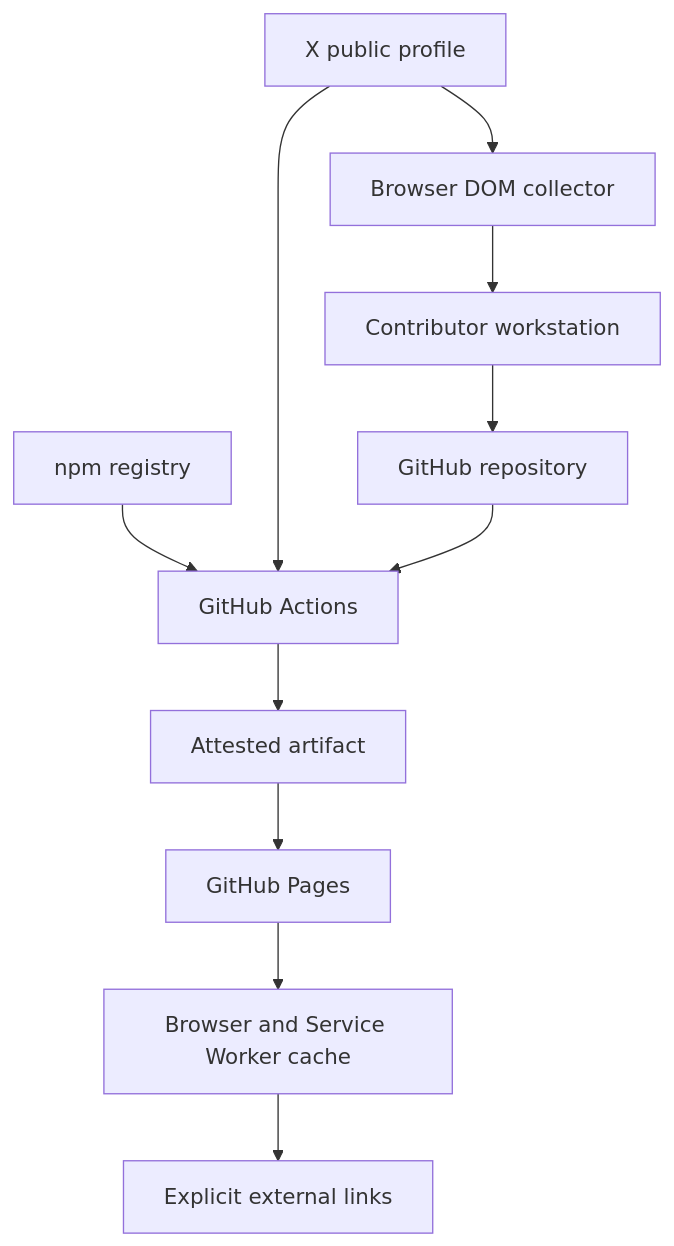
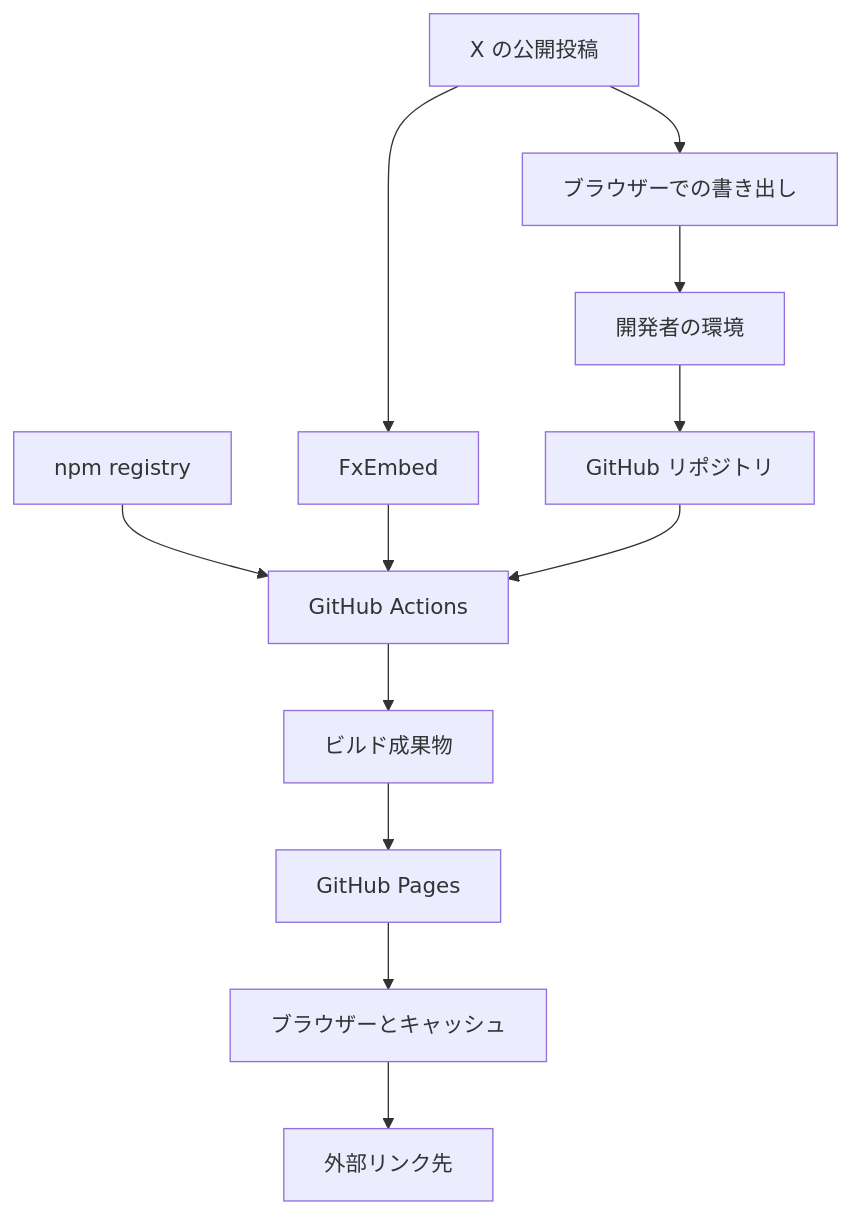
One commit to sasakiuri/sasakiuri.github.io changed the diagram in docs/threat-model.md. Above: the diagram before and after it, drawn with Mermaid. The commit also changed other lines of this file and 33 other files, not shown here.

````diff
--- a/docs/threat-model.md
+++ b/docs/threat-model.md
@@ -12,13 +14,14 @@
 ```mermaid
 flowchart TD
-  Contributor[Contributor workstation] --> GitHub[GitHub repository]
+  Contributor[開発者の環境] --> GitHub[GitHub リポジトリ]
   Registry[npm registry] --> Actions[GitHub Actions]
-  X[X public profile] --> Actions
-  X --> Collector[Browser DOM collector]
+  X[X の公開投稿] --> FxEmbed[FxEmbed]
+  FxEmbed --> Actions
+  X --> Collector[ブラウザーでの書き出し]
   Collector --> Contributor
   GitHub --> Actions
-  Actions --> Artifact[Attested artifact]
+  Actions --> Artifact[ビルド成果物]
   Artifact --> Pages[GitHub Pages]
-  Pages --> Browser[Browser and Service Worker cache]
-  Browser --> External[Explicit external links]
+  Pages --> Browser[ブラウザーとキャッシュ]
+  Browser --> External[外部リンク先]
 ```
````
